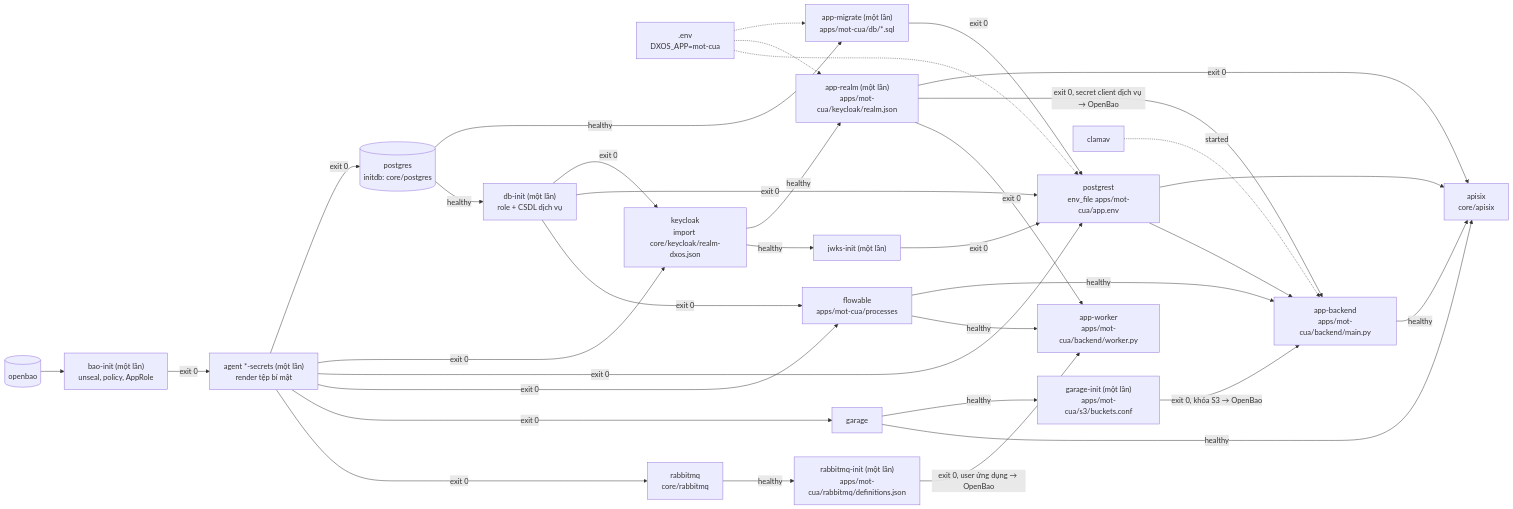
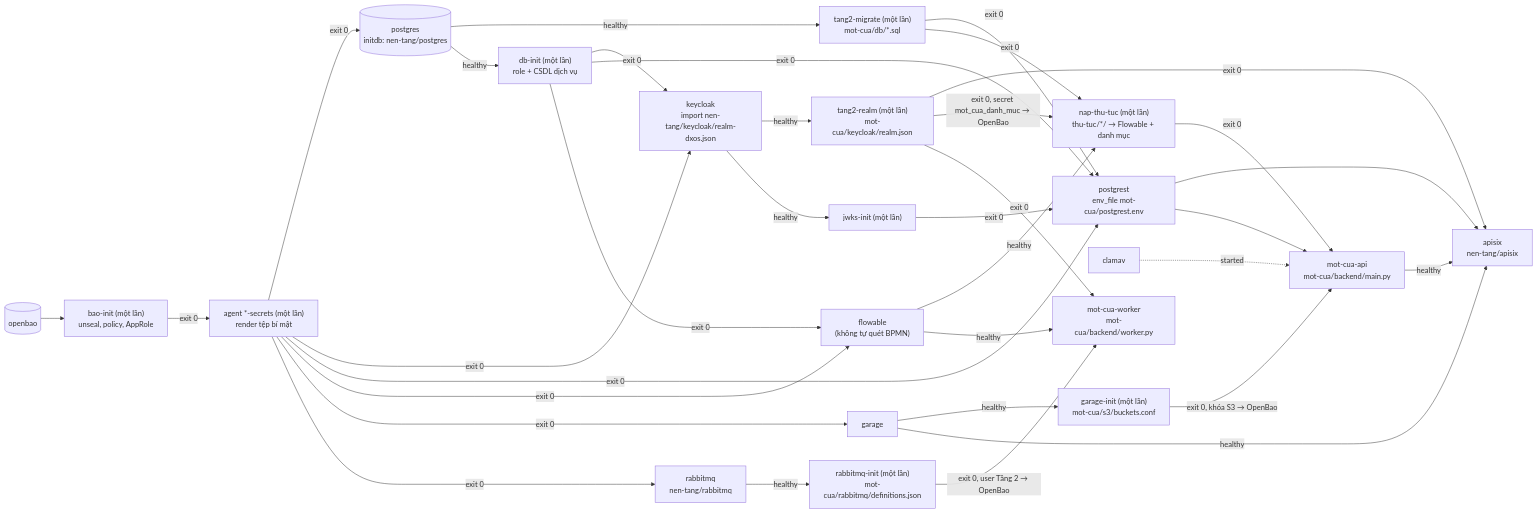
One commit to commune-dxos/commune-dxos changed the second of 8 diagrams in docs/architecture.md. Above: the diagram before and after it, drawn with Mermaid. The commit also changed other lines of this file and 141 other files, not shown here.

First line of the commit message:
refactor(thu-tuc): mô hình gói thủ tục nen-tang/ + mot-cua/ + thu-tuc/ (#30)

````diff
--- a/docs/architecture.md
+++ b/docs/architecture.md
@@ -154,29 +165,30 @@
 ```mermaid
 flowchart LR
-  ENV[".env<br/>DXOS_APP=mot-cua"] -.-> MIG & REALM & PGR
   BAO[("openbao")] --> BI["bao-init (một lần)<br/>unseal, policy, AppRole"]
   BI -->|exit 0| AG["agent *-secrets (một lần)<br/>render tệp bí mật"]
   AG -->|exit 0| PG & KC & PGR & FL & S3
-  PG[("postgres<br/>initdb: core/postgres")] -->|healthy| MIG["app-migrate (một lần)<br/>apps/mot-cua/db/*.sql"]
+  PG[("postgres<br/>initdb: nen-tang/postgres")] -->|healthy| MIG["tang2-migrate (một lần)<br/>mot-cua/db/*.sql"]
   PG -->|healthy| DBI["db-init (một lần)<br/>role + CSDL dịch vụ"]
   DBI -->|exit 0| KC & PGR & FL
-  KC["keycloak<br/>import core/keycloak/realm-dxos.json"] -->|healthy| REALM["app-realm (một lần)<br/>apps/mot-cua/keycloak/realm.json"]
+  KC["keycloak<br/>import nen-tang/keycloak/realm-dxos.json"] -->|healthy| REALM["tang2-realm (một lần)<br/>mot-cua/keycloak/realm.json"]
   KC -->|healthy| JWKS["jwks-init (một lần)"]
-  MIG -->|exit 0| PGR["postgrest<br/>env_file apps/mot-cua/app.env"]
+  MIG -->|exit 0| PGR["postgrest<br/>env_file mot-cua/postgrest.env"]
   JWKS -->|exit 0| PGR
-  PGR --> GW["apisix<br/>core/apisix"]
+  PGR --> GW["apisix<br/>nen-tang/apisix"]
   REALM -->|exit 0| GW
-  FL["flowable<br/>apps/mot-cua/processes"] -->|healthy| BE["app-backend<br/>apps/mot-cua/backend/main.py"]
+  FL["flowable<br/>(không tự quét BPMN)"] -->|healthy| NAP["nap-thu-tuc (một lần)<br/>thu-tuc/*/ → Flowable + danh mục"]
+  MIG -->|exit 0| NAP
+  REALM -->|exit 0, secret mot_cua_danh_muc → OpenBao| NAP
+  NAP -->|exit 0| BE["mot-cua-api<br/>mot-cua/backend/main.py"]
   PGR --> BE
-  S3["garage"] -->|healthy| GI["garage-init (một lần)<br/>apps/mot-cua/s3/buckets.conf"]
+  S3["garage"] -->|healthy| GI["garage-init (một lần)<br/>mot-cua/s3/buckets.conf"]
   GI -->|exit 0, khóa S3 → OpenBao| BE
-  REALM -->|exit 0, secret client dịch vụ → OpenBao| BE
   AV["clamav"] -.->|started| BE
   BE -->|healthy| GW
   S3 -->|healthy| GW
-  AG -->|exit 0| MQ["rabbitmq<br/>core/rabbitmq"]
-  MQ -->|healthy| RI["rabbitmq-init (một lần)<br/>apps/mot-cua/rabbitmq/definitions.json"]
-  RI -->|exit 0, user ứng dụng → OpenBao| WK["app-worker<br/>apps/mot-cua/backend/worker.py"]
+  AG -->|exit 0| MQ["rabbitmq<br/>nen-tang/rabbitmq"]
+  MQ -->|healthy| RI["rabbitmq-init (một lần)<br/>mot-cua/rabbitmq/definitions.json"]
+  RI -->|exit 0, user Tầng 2 → OpenBao| WK["mot-cua-worker<br/>mot-cua/backend/worker.py"]
   FL -->|healthy| WK
   REALM -->|exit 0| WK
 ```
````
